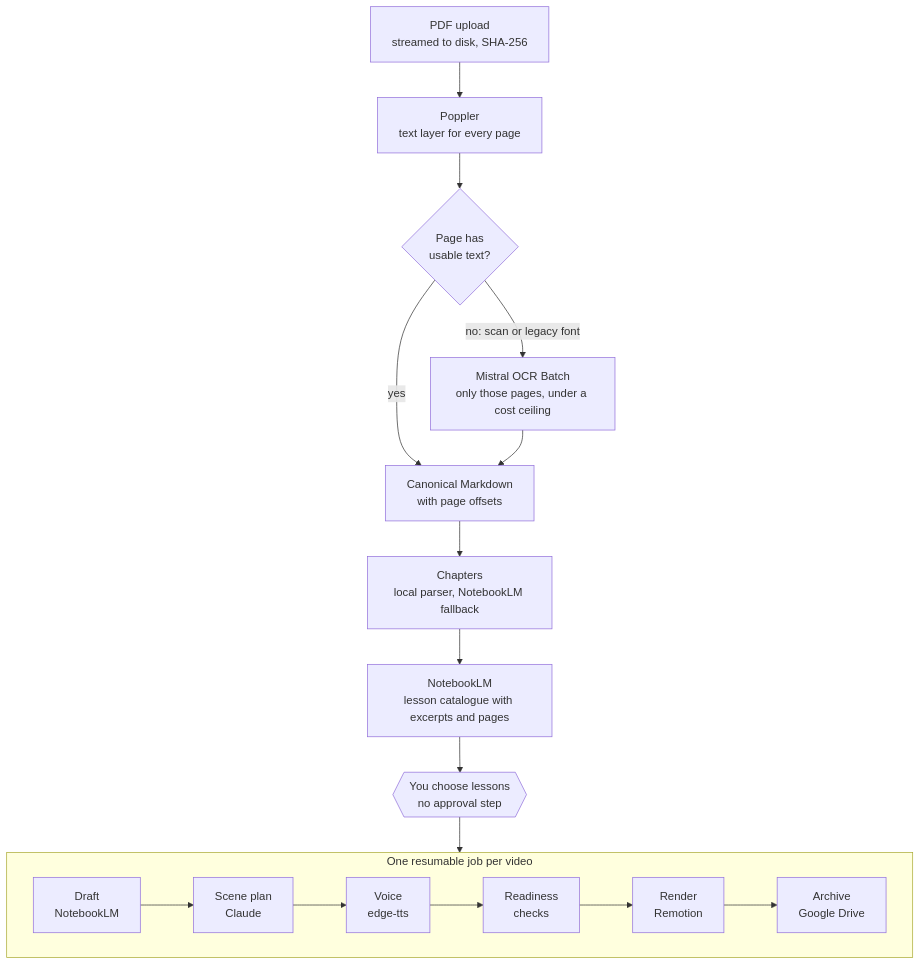
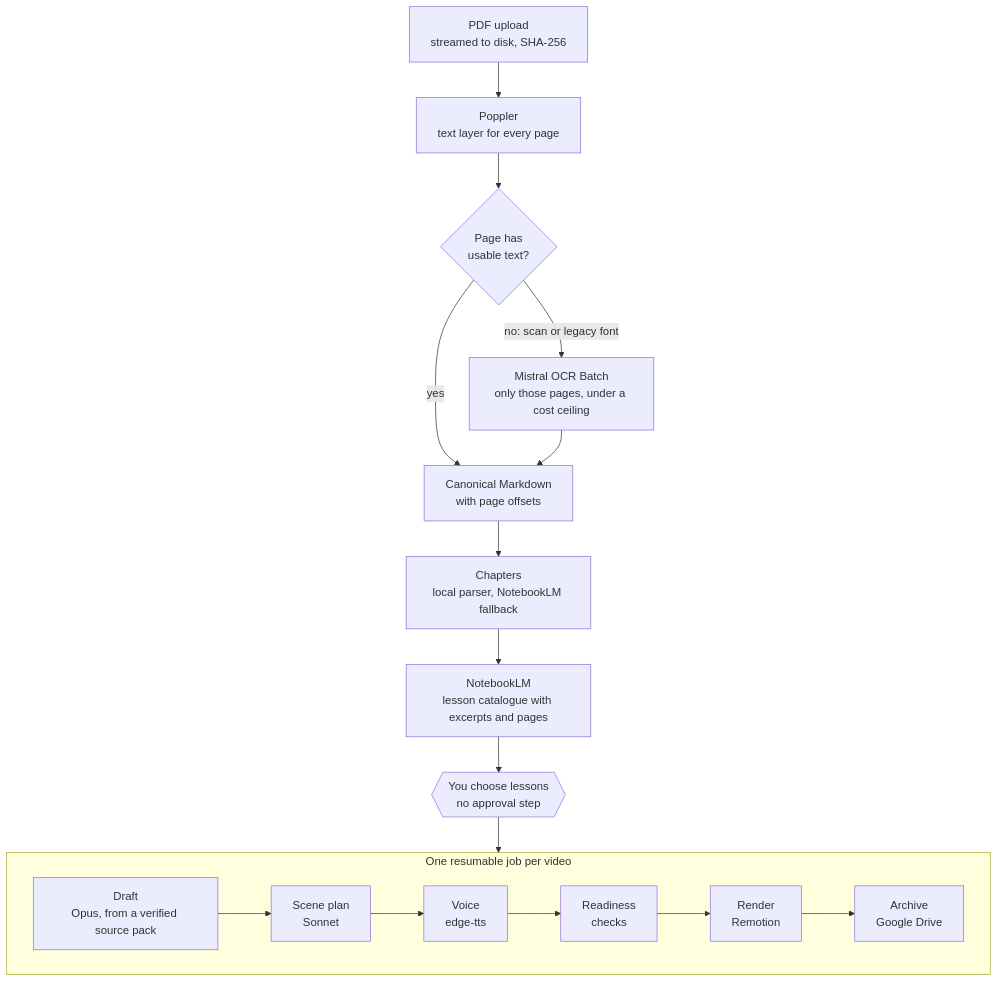
The second of 5 diagrams in README.md (minhhieple97/short-video-workflow), drawn with Mermaid before and after one commit. The commit also changed other lines of this file and 112 other files, not shown here.

````diff
--- a/README.md
+++ b/README.md
@@ -210,17 +212,17 @@
 ```mermaid
 flowchart TB
     P["PDF upload<br/>streamed to disk, SHA-256"] --> T["Poppler<br/>text layer for every page"]
     T --> Q{"Page has<br/>usable text?"}
     Q -- yes --> M["Canonical Markdown<br/>with page offsets"]
     Q -- "no: scan or legacy font" --> O["Mistral OCR Batch<br/>only those pages, under a cost ceiling"]
     O --> M
     M --> C["Chapters<br/>local parser, NotebookLM fallback"]
     C --> L["NotebookLM<br/>lesson catalogue with excerpts and pages"]
     L --> S{{"You choose lessons<br/>no approval step"}}
     S --> V
 
     subgraph V["One resumable job per video"]
         direction LR
-        D1["Draft<br/>NotebookLM"] --> D2["Scene plan<br/>Claude"] --> D3["Voice<br/>edge-tts"] --> D4["Readiness<br/>checks"] --> D5["Render<br/>Remotion"] --> D6["Archive<br/>Google Drive"]
+        D1["Draft<br/>Opus, from a verified source pack"] --> D2["Scene plan<br/>Sonnet"] --> D3["Voice<br/>edge-tts"] --> D4["Readiness<br/>checks"] --> D5["Render<br/>Remotion"] --> D6["Archive<br/>Google Drive"]
     end
 ```
````
